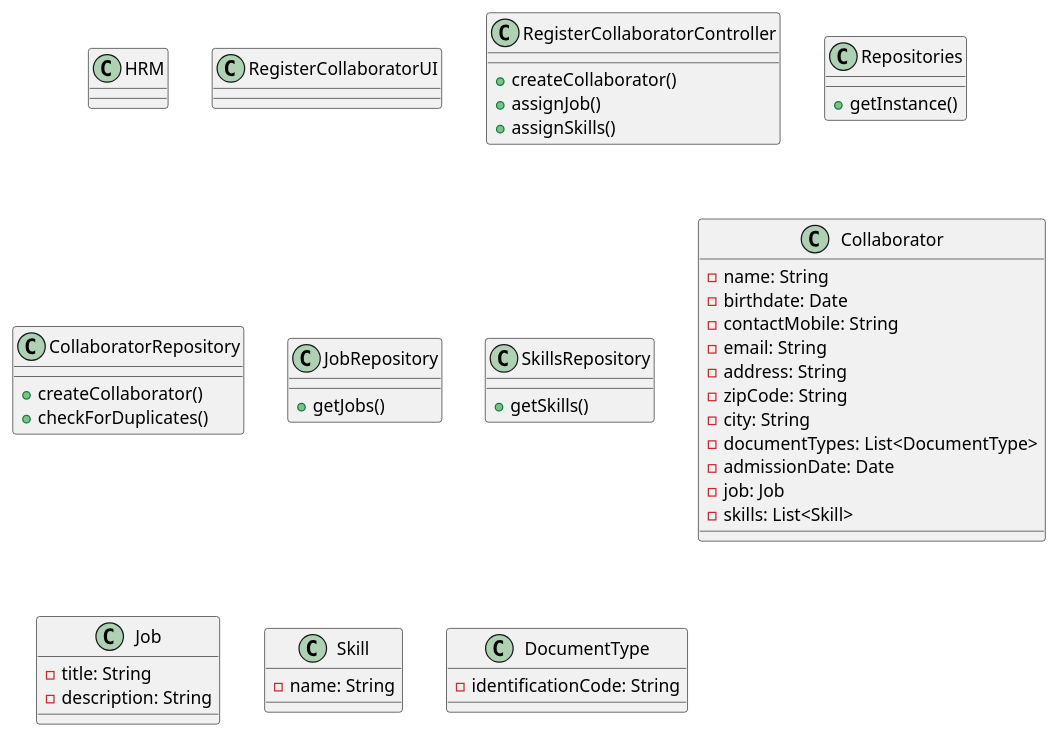
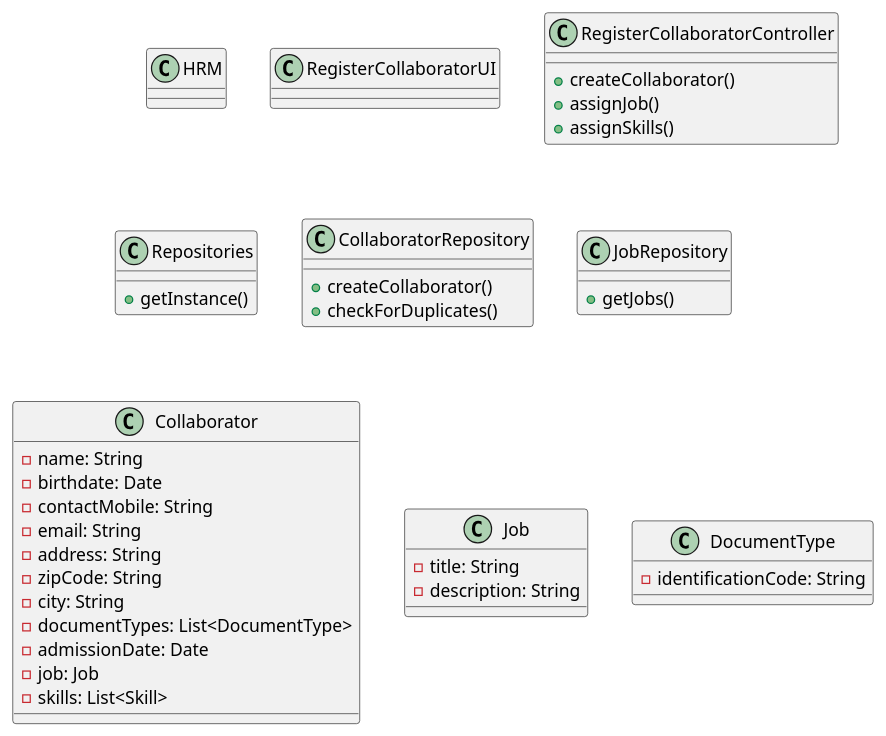
Before and after one commit to ricardomm7/leaflink: the diagram in docs/sprintB/us003/03.design/puml/us003-class-diagram.puml, drawn with PlantUML.

Commit message:
LFC2-85 <US03 Design error updated.>

```diff
--- a/docs/sprintB/us003/03.design/puml/us003-class-diagram.puml
+++ b/docs/sprintB/us003/03.design/puml/us003-class-diagram.puml
@@ -1,62 +1,54 @@
 @startuml
 skinparam packageStyle rectangle
 skinparam shadowing false
 skinparam linetype polyline
 
 class HRM {
 }
 
 class RegisterCollaboratorUI {
 }
 
 class RegisterCollaboratorController {
     + createCollaborator()
     + assignJob()
     + assignSkills()
 }
 
 class Repositories {
     + getInstance()
 }
 
 class CollaboratorRepository {
     + createCollaborator()
     + checkForDuplicates()
 }
 
 class JobRepository {
     + getJobs()
 }
 
-class SkillsRepository {
-    + getSkills()
-}
-
 class Collaborator {
     - name: String
     - birthdate: Date
     - contactMobile: String
     - email: String
     - address: String
     - zipCode: String
     - city: String
     - documentTypes: List<DocumentType>
     - admissionDate: Date
     - job: Job
     - skills: List<Skill>
 }
 
 class Job {
     - title: String
     - description: String
 }
 
-class Skill {
-    - name: String
-}
-
 class DocumentType {
     - identificationCode: String
 }
 
 @enduml
```
